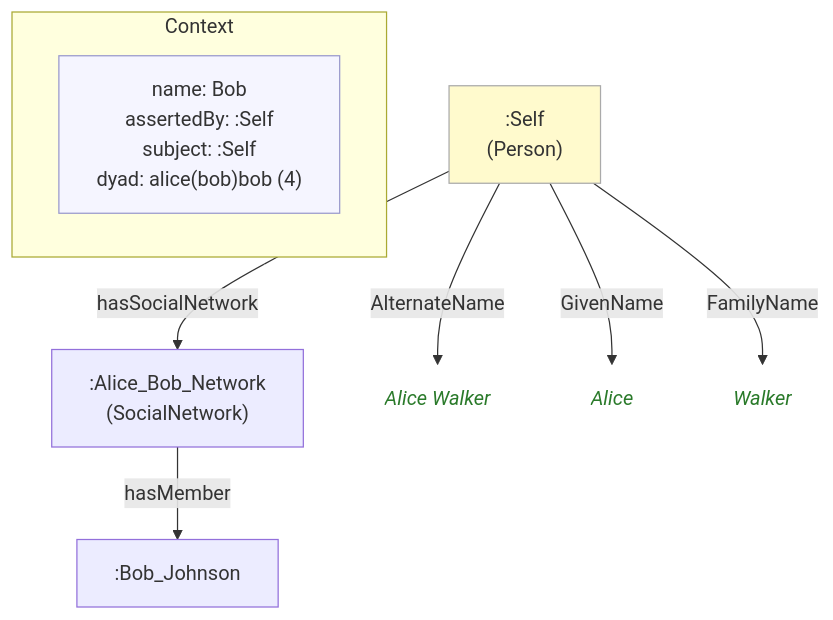
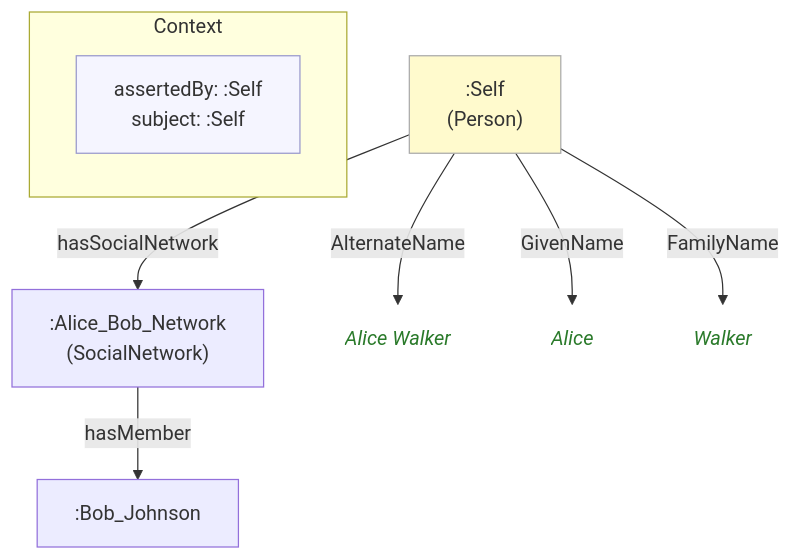
The diagram in example/contexts/images/17-alice(bob)alice.mmd (MeeFoundation/mia-ontologies), drawn with Mermaid before and after one commit. The commit also changed 118 other files, not shown here.

```diff
--- a/example/contexts/images/17-alice(bob)alice.mmd
+++ b/example/contexts/images/17-alice(bob)alice.mmd
@@ -1,24 +1,24 @@
 flowchart TD
     classDef person fill:#fffacd,stroke:#aaa,color:#333
     classDef grp    fill:#d4edda,stroke:#aaa,color:#333
     classDef org    fill:#cce5ff,stroke:#aaa,color:#333
     classDef lit    fill:none,stroke:none,font-style:italic,color:#2a7a2a
     classDef meta   fill:#f5f5ff,stroke:#9999cc,color:#333
 
     subgraph ctx["Context"]
         direction LR
-        ctx_meta["name: Bob\nassertedBy: :Self\nsubject: :Self\ndyad: alice(bob)bob (4)"]:::meta
+        ctx_meta["assertedBy: :Self\nsubject: :Self"]:::meta
     end
 
     ne62a8f0f56d6[":Alice_Bob_Network\n(SocialNetwork)"]
     ncea94215aa38[":Bob_Johnson"]
     ne0c3ba92f1db[":Self\n(Person)"]:::person
-    nb450e132f67e("Alice Walker"):::lit
-    n9fc62dfb691d("Alice"):::lit
-    n67725bf869cd("Walker"):::lit
+    ndf3896e78d83("Alice Walker"):::lit
+    n2db1cbd1ee45("Alice"):::lit
+    n85602ff51ff2("Walker"):::lit
 
     ne62a8f0f56d6 -->|"hasMember"| ncea94215aa38
-    ne0c3ba92f1db -->|"AlternateName"| nb450e132f67e
-    ne0c3ba92f1db -->|"GivenName"| n9fc62dfb691d
-    ne0c3ba92f1db -->|"FamilyName"| n67725bf869cd
+    ne0c3ba92f1db -->|"AlternateName"| ndf3896e78d83
+    ne0c3ba92f1db -->|"GivenName"| n2db1cbd1ee45
+    ne0c3ba92f1db -->|"FamilyName"| n85602ff51ff2
     ne0c3ba92f1db -->|"hasSocialNetwork"| ne62a8f0f56d6
```
